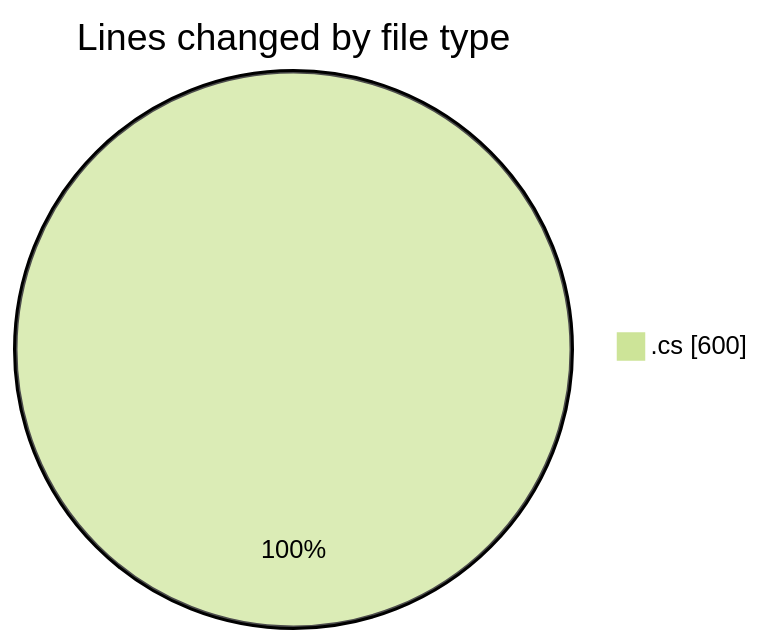
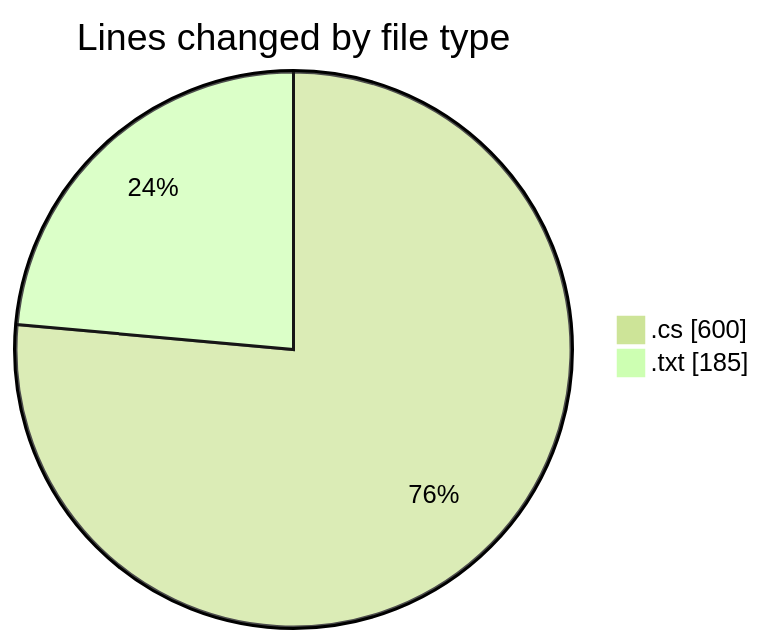
Before and after one commit to charlie-sans/code-tracking: the first of 2 diagrams in 2025-02-08/runner/README.md, drawn with Mermaid (forest theme). The commit also changed other lines of this file and 1 other file, not shown here.

````diff
--- a/2025-02-08/runner/README.md
+++ b/2025-02-08/runner/README.md
@@ -22,5 +23,6 @@
 ```mermaid
 pie showData
 title Lines changed by file type
 ".cs" : 600
+".txt" : 185
 ```
````
